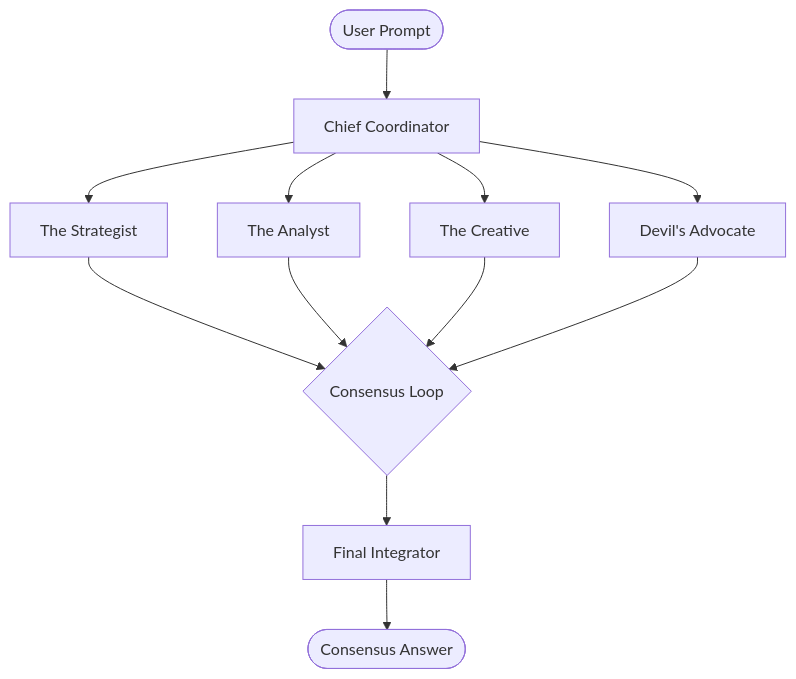
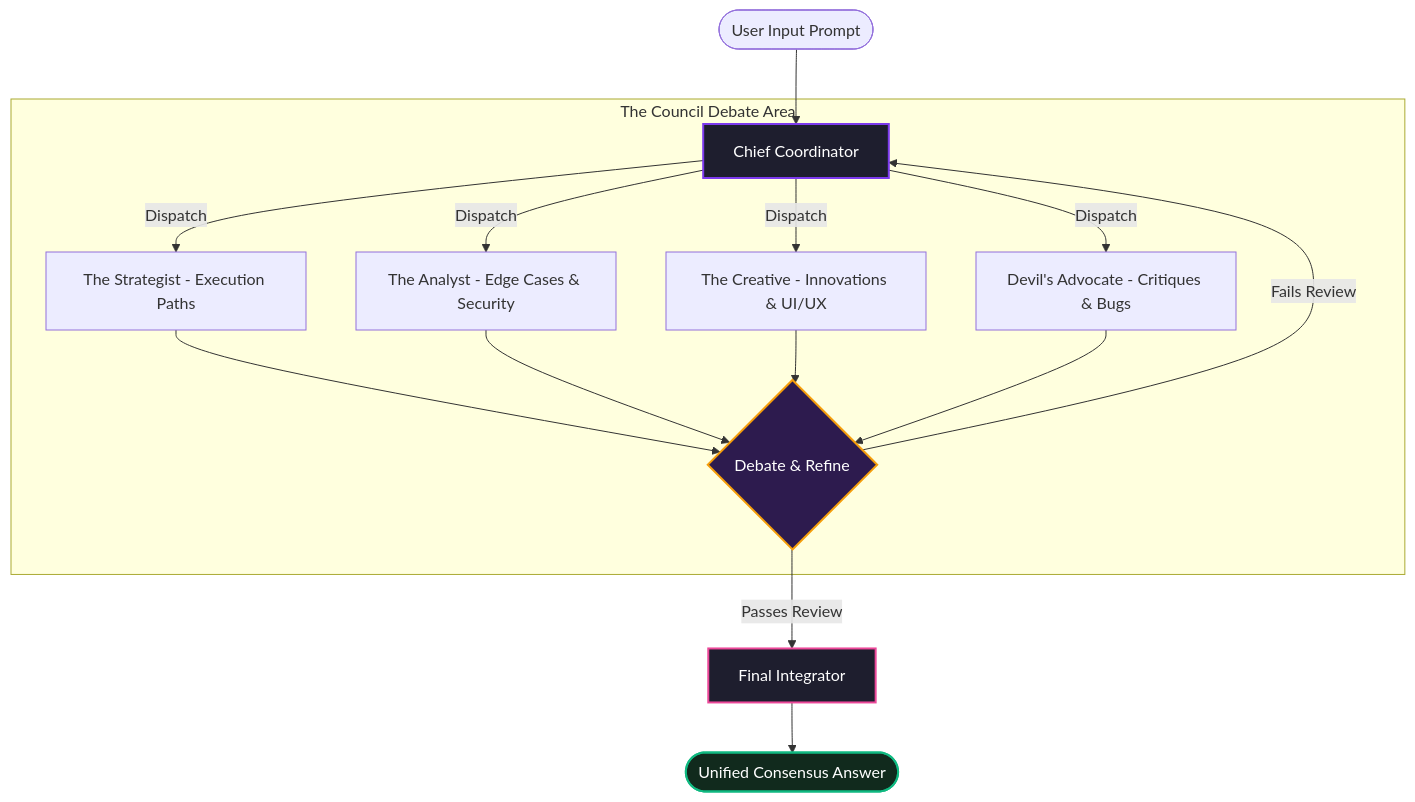
Before and after one commit to IAMONCRYPTO/PLURAL: the diagram in README.md, drawn with Mermaid. The commit also changed other lines of this file, not shown here.

Commit message:
docs: upgrade README design with status badges and styled flowchart

````diff
--- a/README.md
+++ b/README.md
@@ -18,11 +24,22 @@
 ```mermaid
 graph TD
-    User([User Prompt]) --> Planner[Chief Coordinator]
-    Planner --> Strategist[The Strategist]
-    Planner --> Analyst[The Analyst]
-    Planner --> Creative[The Creative]
-    Planner --> Adversary[Devil's Advocate]
-    Strategist & Analyst & Creative & Adversary --> Debate{Consensus Loop}
-    Debate --> Integrator[Final Integrator]
-    Integrator --> Output([Consensus Answer])
+    User([User Input Prompt]) --> Planner[Chief Coordinator]
+    
+    subgraph Cognitive Chamber [The Council Debate Area]
+        Planner -->|Dispatch| Strategist[The Strategist - Execution Paths]
+        Planner -->|Dispatch| Analyst[The Analyst - Edge Cases & Security]
+        Planner -->|Dispatch| Creative[The Creative - Innovations & UI/UX]
+        Planner -->|Dispatch| Adversary[Devil's Advocate - Critiques & Bugs]
+        
+        Strategist & Analyst & Creative & Adversary --> Debate{Debate & Refine}
+        Debate -->|Fails Review| Planner
+    end
+
+    Debate -->|Passes Review| Integrator[Final Integrator]
+    Integrator --> Output([Unified Consensus Answer])
+
+    style Planner fill:#1e1e2e,stroke:#7C3AED,stroke-width:2px,color:#fff
+    style Integrator fill:#1e1e2e,stroke:#EC4899,stroke-width:2px,color:#fff
+    style Debate fill:#2d1b4e,stroke:#F59E0B,stroke-width:2px,color:#fff
+    style Output fill:#112a1d,stroke:#10B981,stroke-width:2px,color:#fff
 ```
````
